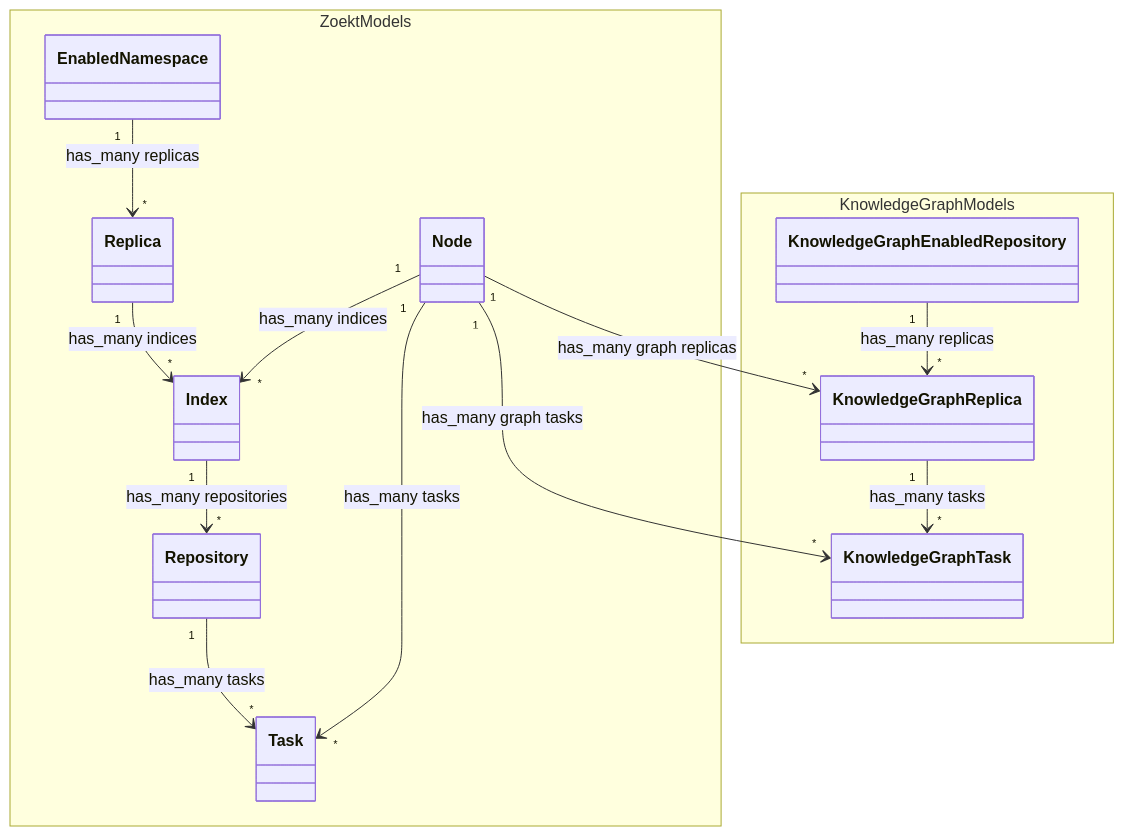
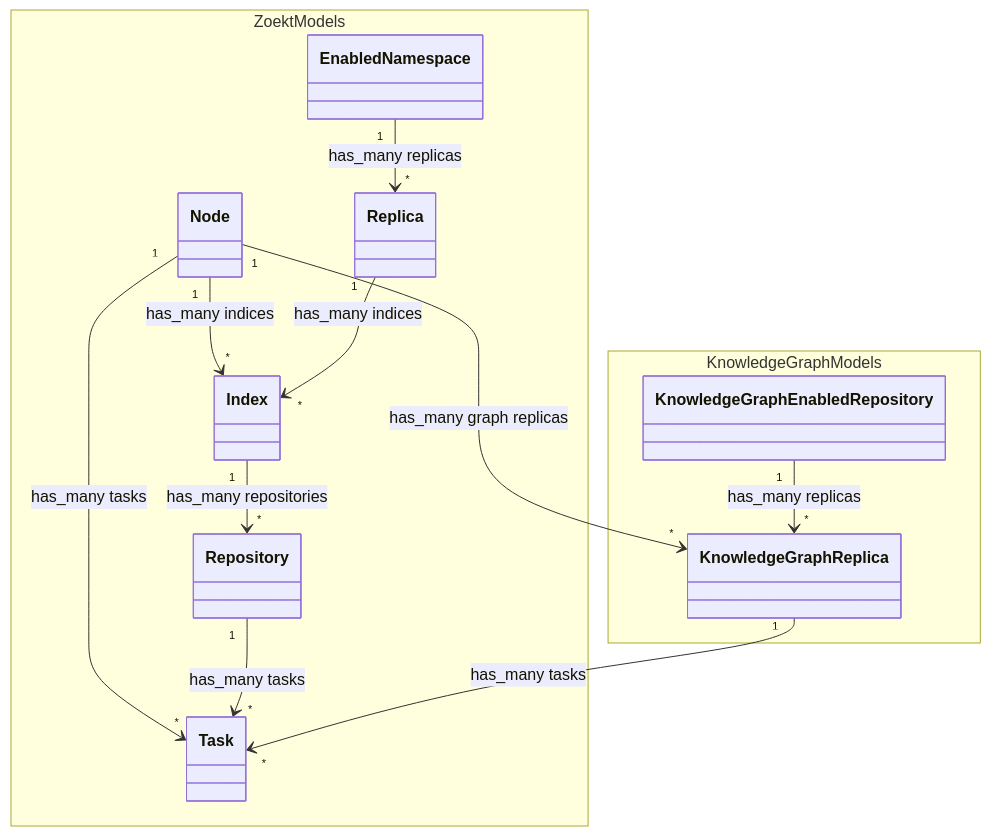
Before and after one commit to zalyoung/gitlab-handbook: the second of 4 diagrams in content/handbook/engineering/architecture/design-documents/knowledge_graph/_index.md, drawn with Mermaid.

Commit message:
Use zoekt tasks

````diff
--- a/content/handbook/engineering/architecture/design-documents/knowledge_graph/_index.md
+++ b/content/handbook/engineering/architecture/design-documents/knowledge_graph/_index.md
@@ -230,31 +230,29 @@
 ```mermaid
 classDiagram
     namespace ZoektModels {
     class Node
     class Index
     class Repository
     class Task
     class EnabledNamespace
     class Replica
     }
     namespace KnowledgeGraphModels {
     class KnowledgeGraphEnabledRepository
     class KnowledgeGraphReplica
-    class KnowledgeGraphTask
     }
 
     Node "1" --> "*" Task : has_many tasks
     Node "1" --> "*" Index : has_many indices
 
     EnabledNamespace "1" --> "*" Replica : has_many replicas
 
     Replica "1" --> "*" Index : has_many indices
 
     Index "1" --> "*" Repository : has_many repositories
     Repository "1" --> "*" Task : has_many tasks
 
-    Node "1" --> "*" KnowledgeGraphTask : has_many graph tasks
     KnowledgeGraphEnabledRepository "1" --> "*" KnowledgeGraphReplica : has_many replicas
-    KnowledgeGraphReplica "1" --> "*" KnowledgeGraphTask : has_many tasks
+    KnowledgeGraphReplica "1" --> "*" Task : has_many tasks
     Node "1" --> "*" KnowledgeGraphReplica : has_many graph replicas
 ```
````
